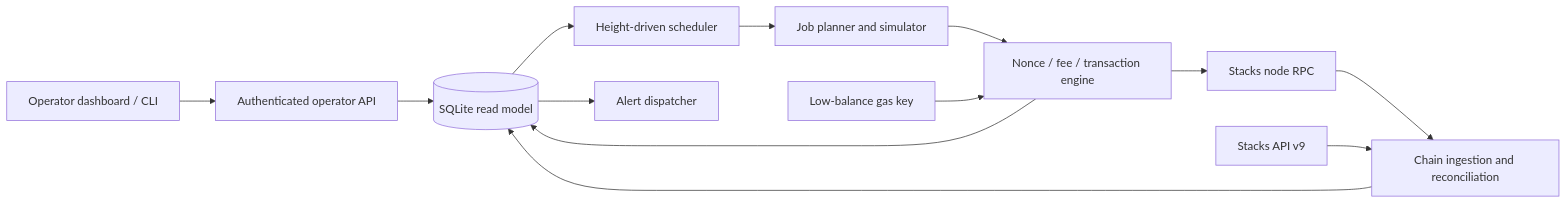
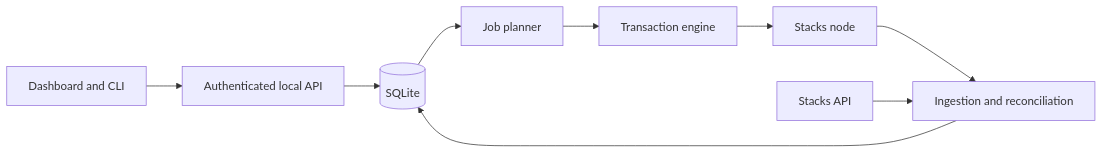
The diagram in docs/product/v1-plan.md (stx-labs/signer-sidekick), drawn with Mermaid before and after one commit. The commit also changed other lines of this file and 19 other files, not shown here.

````diff
--- a/docs/product/v1-plan.md
+++ b/docs/product/v1-plan.md
@@ -520,15 +149,11 @@
 ```mermaid
 flowchart LR
-  UI["Operator dashboard / CLI"] --> API["Authenticated operator API"]
-  API --> DB[("SQLite read model")]
-  NODE["Stacks node RPC"] --> INGEST["Chain ingestion and reconciliation"]
-  CHAINAPI["Stacks API v9"] --> INGEST
-  INGEST --> DB
-  DB --> SCHED["Height-driven scheduler"]
-  SCHED --> PLAN["Job planner and simulator"]
-  PLAN --> TX["Nonce / fee / transaction engine"]
-  GAS["Low-balance gas key"] --> TX
+  UI["Dashboard and CLI"] --> API["Authenticated local API"]
+  NODE["Stacks node"] --> REC["Ingestion and reconciliation"]
+  INDEX["Stacks API"] --> REC
+  REC --> DB[("SQLite")]
+  API --> DB
+  DB --> JOBS["Job planner"]
+  JOBS --> TX["Transaction engine"]
   TX --> NODE
-  TX --> DB
-  DB --> ALERT["Alert dispatcher"]
 ```
````
